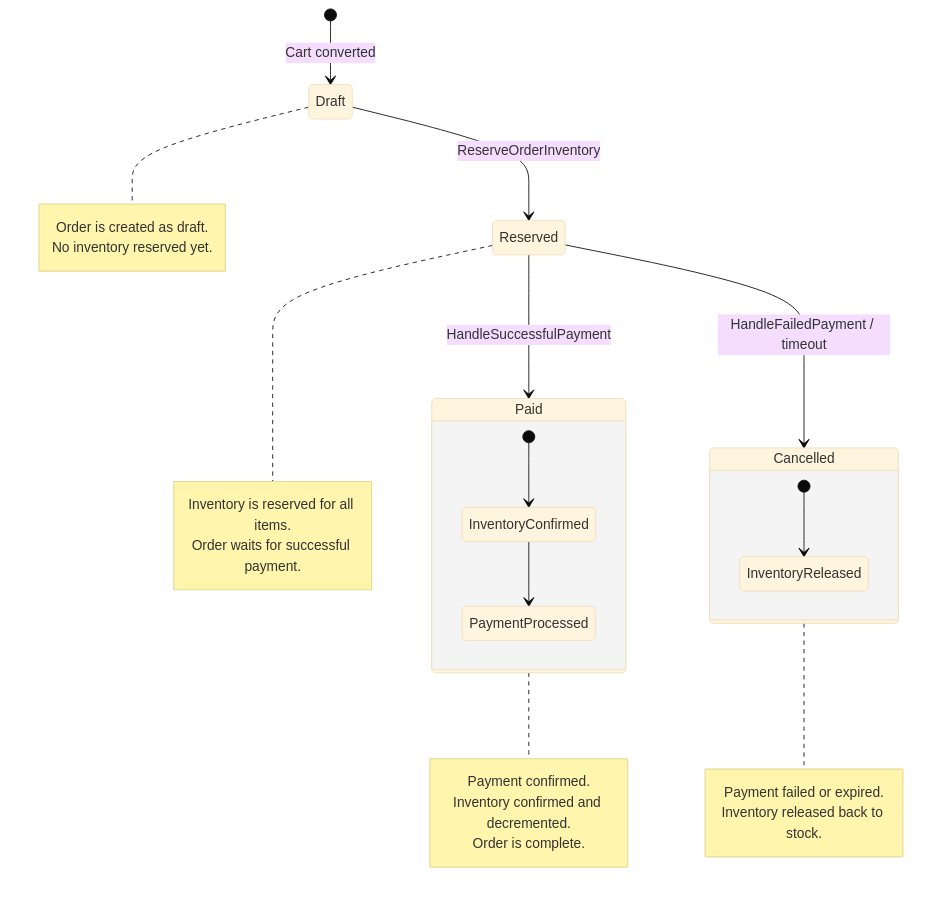
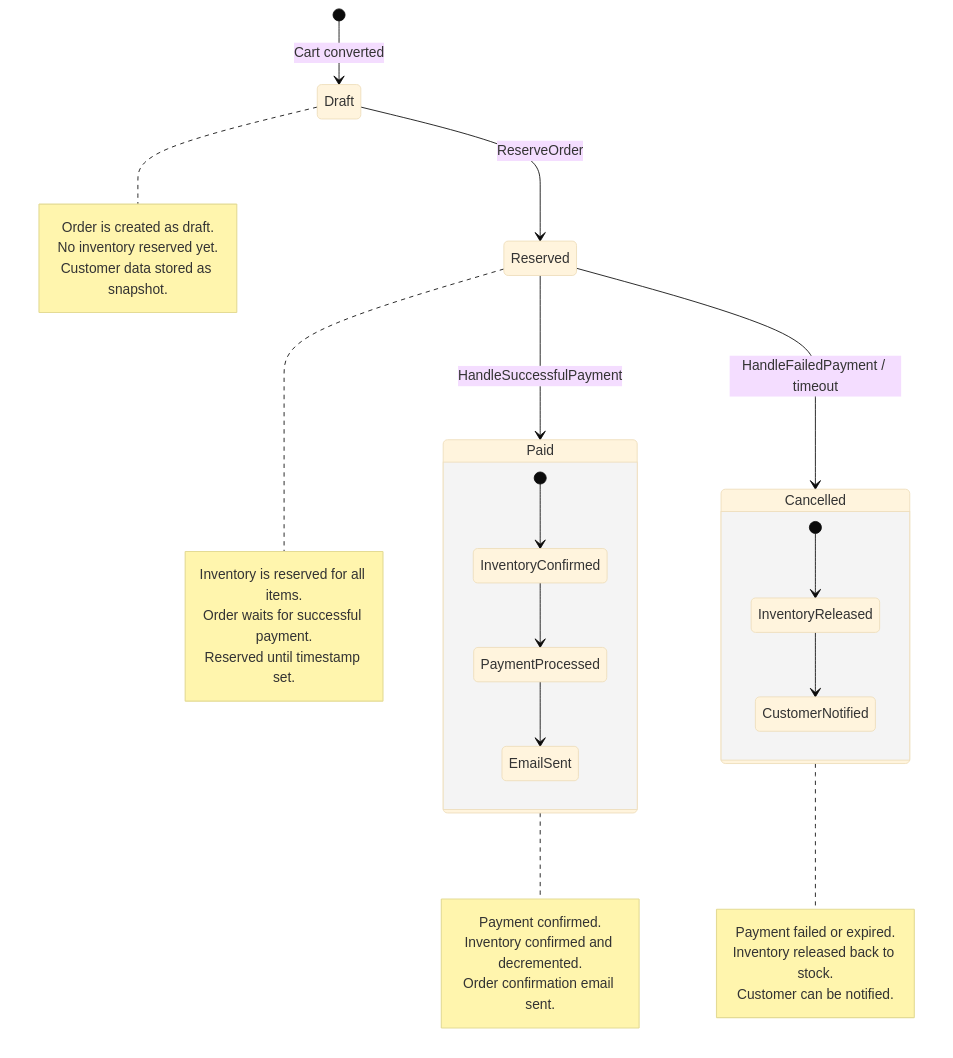
Before and after one commit to imperfectcircle/yuki_headless_ecommerce: the diagram in README.md, drawn with Mermaid (base theme). The commit also changed other lines of this file and 10 other files, not shown here.

Commit message:
feat(storefront): implement complete checkout flow with multi-provider payments

````diff
--- a/README.md
+++ b/README.md
@@ -227,37 +363,42 @@
 ```mermaid
 stateDiagram-v2
     [*] --> Draft : Cart converted
-    Draft --> Reserved : ReserveOrderInventory
+    Draft --> Reserved : ReserveOrder
     Reserved --> Paid : HandleSuccessfulPayment
     Reserved --> Cancelled : HandleFailedPayment / timeout
 
     state Paid {
         [*] --> InventoryConfirmed
         InventoryConfirmed --> PaymentProcessed
+        PaymentProcessed --> EmailSent
     }
 
     state Cancelled {
         [*] --> InventoryReleased
+        InventoryReleased --> CustomerNotified
     }
 
     note right of Draft
         Order is created as draft.
         No inventory reserved yet.
+        Customer data stored as snapshot.
     end note
 
     note right of Reserved
         Inventory is reserved for all items.
         Order waits for successful payment.
+        Reserved until timestamp set.
     end note
 
     note right of Paid
         Payment confirmed.
         Inventory confirmed and decremented.
-        Order is complete.
+        Order confirmation email sent.
     end note
 
     note right of Cancelled
         Payment failed or expired.
         Inventory released back to stock.
+        Customer can be notified.
     end note
 ```
````
